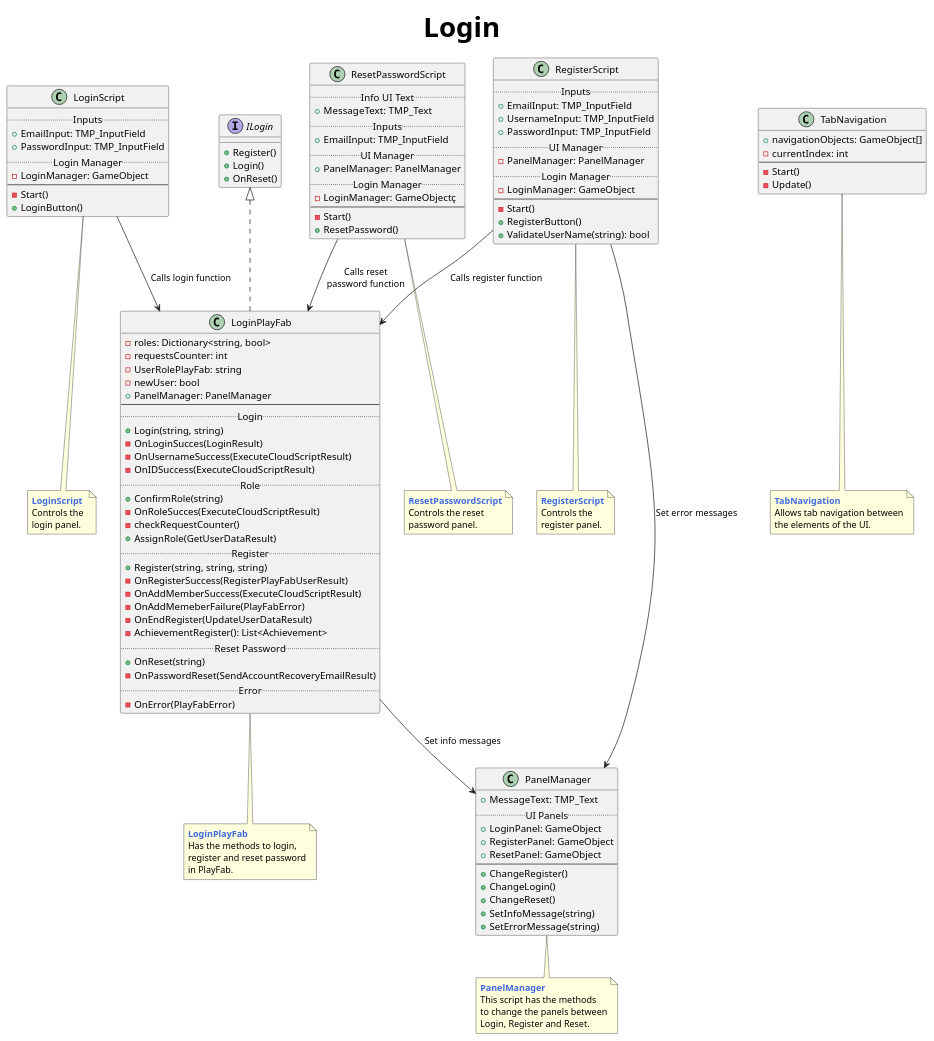
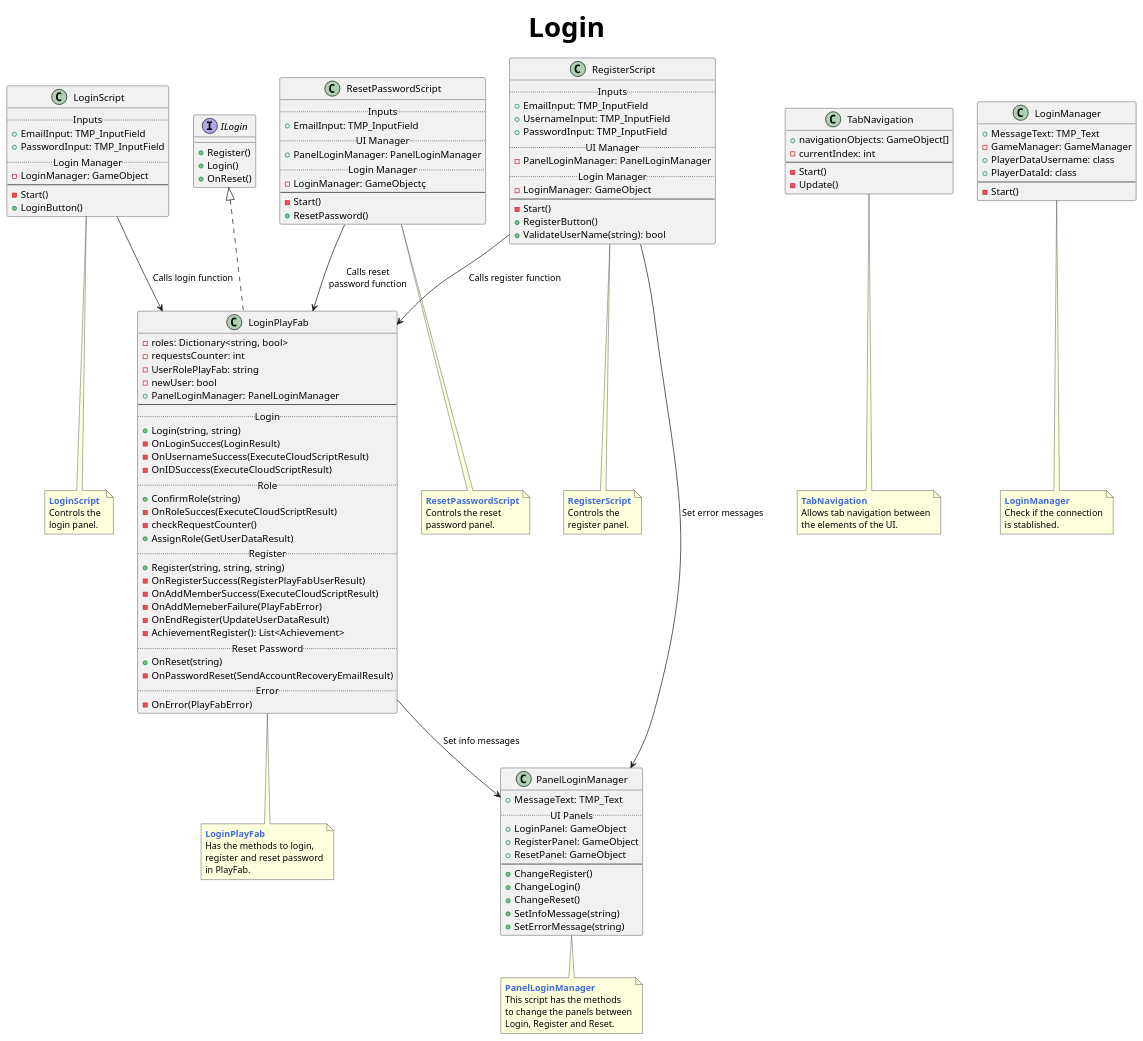
One commit to Capi-Metaverse/Template changed the diagram in Client/Assets/Module_Metaverse/Wiki/LoginWiki/loginModulado.puml. Above: the diagram before and after it, drawn with PlantUML. The commit also changed 2 other files, not shown here.

Commit message:
Login Modulado uml modified

```diff
--- a/Client/Assets/Module_Metaverse/Wiki/LoginWiki/loginModulado.puml
+++ b/Client/Assets/Module_Metaverse/Wiki/LoginWiki/loginModulado.puml
@@ -1,150 +1,163 @@
 @startuml Login Modulado
 title
   <font size="40">Login</font>
 end title
 interface ILogin {
     + Register()
     + Login()
     + OnReset()
 }
 
 class LoginPlayFab {
     - roles: Dictionary<string, bool>
     - requestsCounter: int
     - UserRolePlayFab: string
     - newUser: bool
-    + PanelManager: PanelManager
+    + PanelLoginManager: PanelLoginManager
     --
     .. Login ..
     + Login(string, string)
     - OnLoginSucces(LoginResult)
     - OnUsernameSuccess(ExecuteCloudScriptResult)
     - OnIDSuccess(ExecuteCloudScriptResult)
     .. Role ..
     + ConfirmRole(string)
     - OnRoleSucces(ExecuteCloudScriptResult)
     - checkRequestCounter()
     + AssignRole(GetUserDataResult)
     .. Register ..
     + Register(string, string, string)
     - OnRegisterSuccess(RegisterPlayFabUserResult)
     - OnAddMemberSuccess(ExecuteCloudScriptResult)
     - OnAddMemeberFailure(PlayFabError)
     - OnEndRegister(UpdateUserDataResult)
     - AchievementRegister(): List<Achievement>
     .. Reset Password ..
     + OnReset(string)
     - OnPasswordReset(SendAccountRecoveryEmailResult)
     .. Error ..
     - OnError(PlayFabError)
 }
 
 class LoginScript {
     .. Inputs ..
     + EmailInput: TMP_InputField
     + PasswordInput: TMP_InputField
     .. Login Manager ..
     - LoginManager: GameObject
     --
     - Start()
     + LoginButton()
 }
 
-class PanelManager {
+class PanelLoginManager {
     + MessageText: TMP_Text
     .. UI Panels ..
     + LoginPanel: GameObject
     + RegisterPanel: GameObject
     + ResetPanel: GameObject
     --
     + ChangeRegister()
     + ChangeLogin()
     + ChangeReset()
     + SetInfoMessage(string)
     + SetErrorMessage(string)
 }
 
 class RegisterScript {
     .. Inputs ..
     + EmailInput: TMP_InputField
     + UsernameInput: TMP_InputField
     + PasswordInput: TMP_InputField
     .. UI Manager ..
-    - PanelManager: PanelManager
+    - PanelLoginManager: PanelLoginManager
     .. Login Manager ..
     - LoginManager: GameObject
     --
     - Start()
     + RegisterButton()
     + ValidateUserName(string): bool
 }
 
 class ResetPasswordScript {
-    .. Info UI Text ..
-    + MessageText: TMP_Text
     .. Inputs ..
     + EmailInput: TMP_InputField
     .. UI Manager ..
-    + PanelManager: PanelManager
+    + PanelLoginManager: PanelLoginManager
     .. Login Manager ..
     - LoginManager: GameObjectç
     --
     - Start()
     + ResetPassword()
 }
 
 class TabNavigation {
     + navigationObjects: GameObject[]
     - currentIndex: int
     --
     - Start()
     - Update()
 }
 
+class LoginManager {
+    + MessageText: TMP_Text
+    - GameManager: GameManager
+    + PlayerDataUsername: class
+    + PlayerDataId: class
+    --
+    - Start()
+}
+
 ILogin <|.. LoginPlayFab
-LoginPlayFab --> PanelManager: Set info messages
+LoginPlayFab --> PanelLoginManager: Set info messages
 LoginScript --> LoginPlayFab: Calls login function
-RegisterScript --> PanelManager: Set error messages
+RegisterScript --> PanelLoginManager: Set error messages
 RegisterScript --> LoginPlayFab: Calls register function
 ResetPasswordScript --> LoginPlayFab: Calls reset\npassword function
 
 note bottom of LoginScript
     <b><color:royalBlue>LoginScript</color>
     Controls the 
     login panel.
 end note
 
 note bottom of LoginPlayFab
     <b><color:royalBlue>LoginPlayFab</color>
     Has the methods to login,
     register and reset password
     in PlayFab.
 end note
 
-note bottom of PanelManager
-    <b><color:royalBlue>PanelManager</color>
+note bottom of PanelLoginManager
+    <b><color:royalBlue>PanelLoginManager</color>
     This script has the methods
     to change the panels between
     Login, Register and Reset.
 end note
 
 note bottom of RegisterScript
     <b><color:royalBlue>RegisterScript</color>
     Controls the
     register panel.
 end note
 
 note bottom of ResetPasswordScript
     <b><color:royalBlue>ResetPasswordScript</color>
     Controls the reset
     password panel.
 end note
 
 note bottom of TabNavigation
     <b><color:royalBlue>TabNavigation</color>
     Allows tab navigation between
     the elements of the UI.
 end note
 
+note bottom of LoginManager
+    <b><color:royalBlue>LoginManager</color>
+    Check if the connection
+    is stablished.
+end note
+
 
 @enduml
```
